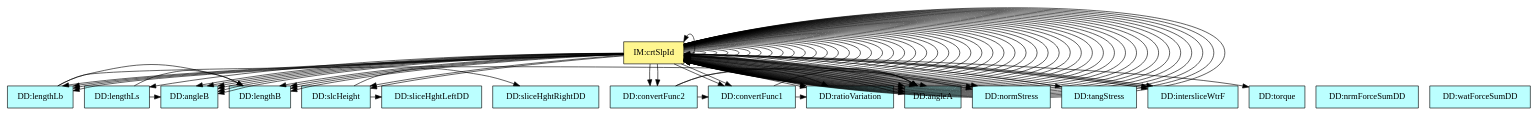
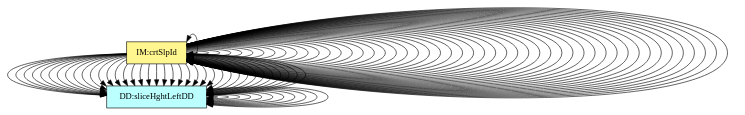
Before and after one commit to JacquesCarette/Drasil: the diagram in code/stable/ssp/TraceyGraph/refvsref.dot, drawn with Graphviz. The commit also changed 46 other files, not shown here.

Commit message:
#2873 : Change UIDs of DataDefinitions, force them to be added to the Term_Cache_ too.

```diff
--- a/code/stable/ssp/TraceyGraph/refvsref.dot
+++ b/code/stable/ssp/TraceyGraph/refvsref.dot
@@ -1,168 +1,168 @@
 digraph refvsref {
-	l_bi -> alpha_i;
-	l_bi -> b_i;
-	l_si -> beta_i;
-	l_si -> b_i;
-	h_i -> hR;
-	h_i -> hL;
-	Phi -> alpha_i;
-	Phi -> f_i;
-	Psi -> alpha_i;
-	Psi -> f_i;
-	Psi -> Phi;
-	theory:effectiveStressTM -> sigma;
-	theory:normForcEq -> alpha_i;
-	theory:normForcEq -> beta_i;
+	dataDefn:l_bi -> dataDefn:alpha_i;
+	dataDefn:l_bi -> dataDefn:b_i;
+	dataDefn:l_si -> dataDefn:beta_i;
+	dataDefn:l_si -> dataDefn:b_i;
+	dataDefn:h_i -> dataDefn:hR;
+	dataDefn:h_i -> dataDefn:hL;
+	dataDefn:Phi -> dataDefn:alpha_i;
+	dataDefn:Phi -> dataDefn:f_i;
+	dataDefn:Psi -> dataDefn:alpha_i;
+	dataDefn:Psi -> dataDefn:f_i;
+	dataDefn:Psi -> dataDefn:Phi;
+	theory:effectiveStressTM -> dataDefn:sigma;
+	theory:normForcEq -> dataDefn:alpha_i;
+	theory:normForcEq -> dataDefn:beta_i;
 	theory:normForcEq -> theory:equilibriumCS;
 	theory:normForcEq -> theory:sliceWght;
 	theory:normForcEq -> theory:srfWtrF;
-	theory:bsShrFEq -> alpha_i;
-	theory:bsShrFEq -> beta_i;
+	theory:bsShrFEq -> dataDefn:alpha_i;
+	theory:bsShrFEq -> dataDefn:beta_i;
 	theory:bsShrFEq -> theory:equilibriumCS;
 	theory:bsShrFEq -> theory:sliceWght;
 	theory:bsShrFEq -> theory:srfWtrF;
-	theory:resShr -> l_bi;
-	theory:resShr -> sigma;
-	theory:resShr -> tau;
+	theory:resShr -> dataDefn:l_bi;
+	theory:resShr -> dataDefn:sigma;
+	theory:resShr -> dataDefn:tau;
 	theory:resShr -> theory:mcShrSrgth;
-	theory:mobShr -> l_bi;
+	theory:mobShr -> dataDefn:l_bi;
 	theory:mobShr -> theory:factOfSafetyTM;
 	theory:mobShr -> theory:resShr;
-	theory:effNormF -> sigma;
+	theory:effNormF -> dataDefn:sigma;
 	theory:effNormF -> theory:effectiveStressTM;
 	theory:effNormF -> theory:baseWtrF;
-	theory:resShearWO -> H_i;
-	theory:resShearWO -> alpha_i;
-	theory:resShearWO -> beta_i;
-	theory:resShearWO -> l_bi;
+	theory:resShearWO -> dataDefn:H_i;
+	theory:resShearWO -> dataDefn:alpha_i;
+	theory:resShearWO -> dataDefn:beta_i;
+	theory:resShearWO -> dataDefn:l_bi;
 	theory:resShearWO -> theory:sliceWght;
 	theory:resShearWO -> theory:baseWtrF;
 	theory:resShearWO -> theory:srfWtrF;
-	theory:mobShearWO -> H_i;
-	theory:mobShearWO -> alpha_i;
-	theory:mobShearWO -> beta_i;
+	theory:mobShearWO -> dataDefn:H_i;
+	theory:mobShearWO -> dataDefn:alpha_i;
+	theory:mobShearWO -> dataDefn:beta_i;
 	theory:mobShearWO -> theory:sliceWght;
 	theory:mobShearWO -> theory:srfWtrF;
-	theory:X_i -> f_i;
-	theory:momentEql -> alpha_i;
-	theory:momentEql -> beta_i;
-	theory:momentEql -> b_i;
-	theory:momentEql -> h_i;
-	theory:momentEql -> torque;
+	theory:X_i -> dataDefn:f_i;
+	theory:momentEql -> dataDefn:alpha_i;
+	theory:momentEql -> dataDefn:beta_i;
+	theory:momentEql -> dataDefn:b_i;
+	theory:momentEql -> dataDefn:h_i;
+	theory:momentEql -> dataDefn:torque;
 	theory:momentEql -> theory:equilibriumCS;
 	theory:momentEql -> theory:weight;
 	theory:momentEql -> theory:sliceWght;
 	theory:momentEql -> theory:srfWtrF;
 	theory:weight -> theory:newtonSL;
-	theory:sliceWght -> b_i;
+	theory:sliceWght -> dataDefn:b_i;
 	theory:sliceWght -> theory:weight;
-	theory:baseWtrF -> l_bi;
+	theory:baseWtrF -> dataDefn:l_bi;
 	theory:baseWtrF -> theory:pressure;
 	theory:baseWtrF -> theory:baseWtrF;
-	theory:srfWtrF -> l_si;
+	theory:srfWtrF -> dataDefn:l_si;
 	theory:srfWtrF -> theory:pressure;
 	theory:srfWtrF -> theory:srfWtrF;
-	theory:FS -> Phi;
-	theory:FS -> Psi;
+	theory:FS -> dataDefn:Phi;
+	theory:FS -> dataDefn:Psi;
 	theory:FS -> theory:normForcEq;
 	theory:FS -> theory:bsShrFEq;
 	theory:FS -> theory:mobShr;
 	theory:FS -> theory:resShearWO;
 	theory:FS -> theory:mobShearWO;
 	theory:FS -> theory:X_i;
 	theory:FS -> theory:FS;
 	theory:FS -> theory:nrmShrForIM;
 	theory:FS -> theory:intsliceFsRC;
 	theory:nrmShrForIM -> theory:X_i;
 	theory:nrmShrForIM -> theory:momentEql;
 	theory:nrmShrForIM -> theory:FS;
 	theory:nrmShrForIM -> theory:nrmShrForIM;
 	theory:nrmShrForIM -> theory:nrmShrForNumRC;
 	theory:nrmShrForIM -> theory:nrmShrForDenRC;
 	theory:nrmShrForIM -> theory:intsliceFsRC;
-	theory:nrmShrForNumRC -> H_i;
-	theory:nrmShrForNumRC -> alpha_i;
-	theory:nrmShrForNumRC -> beta_i;
-	theory:nrmShrForNumRC -> b_i;
-	theory:nrmShrForNumRC -> h_i;
+	theory:nrmShrForNumRC -> dataDefn:H_i;
+	theory:nrmShrForNumRC -> dataDefn:alpha_i;
+	theory:nrmShrForNumRC -> dataDefn:beta_i;
+	theory:nrmShrForNumRC -> dataDefn:b_i;
+	theory:nrmShrForNumRC -> dataDefn:h_i;
 	theory:nrmShrForNumRC -> theory:srfWtrF;
 	theory:nrmShrForNumRC -> theory:nrmShrForIM;
-	theory:nrmShrForDenRC -> b_i;
-	theory:nrmShrForDenRC -> f_i;
+	theory:nrmShrForDenRC -> dataDefn:b_i;
+	theory:nrmShrForDenRC -> dataDefn:f_i;
 	theory:nrmShrForDenRC -> theory:nrmShrForIM;
-	theory:intsliceFsRC -> Phi;
-	theory:intsliceFsRC -> Psi;
+	theory:intsliceFsRC -> dataDefn:Phi;
+	theory:intsliceFsRC -> dataDefn:Psi;
 	theory:intsliceFsRC -> theory:resShearWO;
 	theory:intsliceFsRC -> theory:mobShearWO;
 	theory:intsliceFsRC -> theory:FS;
 	theory:intsliceFsRC -> theory:nrmShrForIM;
 	theory:intsliceFsRC -> theory:intsliceFsRC;
 
 
-	H_i	[shape=box, color=black, style=filled, fillcolor=paleturquoise1, label="DD:intersliceWtrF"];
-	alpha_i	[shape=box, color=black, style=filled, fillcolor=paleturquoise1, label="DD:angleA"];
-	beta_i	[shape=box, color=black, style=filled, fillcolor=paleturquoise1, label="DD:angleB"];
-	b_i	[shape=box, color=black, style=filled, fillcolor=paleturquoise1, label="DD:lengthB"];
-	l_bi	[shape=box, color=black, style=filled, fillcolor=paleturquoise1, label="DD:lengthLb"];
-	l_si	[shape=box, color=black, style=filled, fillcolor=paleturquoise1, label="DD:lengthLs"];
-	h_i	[shape=box, color=black, style=filled, fillcolor=paleturquoise1, label="DD:slcHeight"];
-	sigma	[shape=box, color=black, style=filled, fillcolor=paleturquoise1, label="DD:normStress"];
-	tau	[shape=box, color=black, style=filled, fillcolor=paleturquoise1, label="DD:tangStress"];
-	torque	[shape=box, color=black, style=filled, fillcolor=paleturquoise1, label="DD:torque"];
-	f_i	[shape=box, color=black, style=filled, fillcolor=paleturquoise1, label="DD:ratioVariation"];
-	Phi	[shape=box, color=black, style=filled, fillcolor=paleturquoise1, label="DD:convertFunc1"];
-	Psi	[shape=box, color=black, style=filled, fillcolor=paleturquoise1, label="DD:convertFunc2"];
-	F_xG	[shape=box, color=black, style=filled, fillcolor=paleturquoise1, label="DD:nrmForceSumDD"];
-	F_xH	[shape=box, color=black, style=filled, fillcolor=paleturquoise1, label="DD:watForceSumDD"];
-	hR	[shape=box, color=black, style=filled, fillcolor=paleturquoise1, label="DD:sliceHghtRightDD"];
-	hL	[shape=box, color=black, style=filled, fillcolor=paleturquoise1, label="DD:sliceHghtLeftDD"];
+	dataDefn:H_i	[shape=box, color=black, style=filled, fillcolor=paleturquoise1, label="DD:intersliceWtrF"];
+	dataDefn:alpha_i	[shape=box, color=black, style=filled, fillcolor=paleturquoise1, label="DD:angleA"];
+	dataDefn:beta_i	[shape=box, color=black, style=filled, fillcolor=paleturquoise1, label="DD:angleB"];
+	dataDefn:b_i	[shape=box, color=black, style=filled, fillcolor=paleturquoise1, label="DD:lengthB"];
+	dataDefn:l_bi	[shape=box, color=black, style=filled, fillcolor=paleturquoise1, label="DD:lengthLb"];
+	dataDefn:l_si	[shape=box, color=black, style=filled, fillcolor=paleturquoise1, label="DD:lengthLs"];
+	dataDefn:h_i	[shape=box, color=black, style=filled, fillcolor=paleturquoise1, label="DD:slcHeight"];
+	dataDefn:sigma	[shape=box, color=black, style=filled, fillcolor=paleturquoise1, label="DD:normStress"];
+	dataDefn:tau	[shape=box, color=black, style=filled, fillcolor=paleturquoise1, label="DD:tangStress"];
+	dataDefn:torque	[shape=box, color=black, style=filled, fillcolor=paleturquoise1, label="DD:torque"];
+	dataDefn:f_i	[shape=box, color=black, style=filled, fillcolor=paleturquoise1, label="DD:ratioVariation"];
+	dataDefn:Phi	[shape=box, color=black, style=filled, fillcolor=paleturquoise1, label="DD:convertFunc1"];
+	dataDefn:Psi	[shape=box, color=black, style=filled, fillcolor=paleturquoise1, label="DD:convertFunc2"];
+	dataDefn:F_xG	[shape=box, color=black, style=filled, fillcolor=paleturquoise1, label="DD:nrmForceSumDD"];
+	dataDefn:F_xH	[shape=box, color=black, style=filled, fillcolor=paleturquoise1, label="DD:watForceSumDD"];
+	dataDefn:hR	[shape=box, color=black, style=filled, fillcolor=paleturquoise1, label="DD:sliceHghtRightDD"];
+	dataDefn:hL	[shape=box, color=black, style=filled, fillcolor=paleturquoise1, label="DD:sliceHghtLeftDD"];
 
 	subgraph DD {
 	rank="same"
-	{H_i, alpha_i, beta_i, b_i, l_bi, l_si, h_i, sigma, tau, torque, f_i, Phi, Psi, F_xG, F_xH, hR, hL}
+	{dataDefn:H_i, dataDefn:alpha_i, dataDefn:beta_i, dataDefn:b_i, dataDefn:l_bi, dataDefn:l_si, dataDefn:h_i, dataDefn:sigma, dataDefn:tau, dataDefn:torque, dataDefn:f_i, dataDefn:Phi, dataDefn:Psi, dataDefn:F_xG, dataDefn:F_xH, dataDefn:hR, dataDefn:hL}
 	}
 
 	theory:factOfSafetyTM	[shape=box, color=black, style=filled, fillcolor=pink, label="TM:factOfSafety"];
 	theory:equilibriumCS	[shape=box, color=black, style=filled, fillcolor=pink, label="TM:equilibrium"];
 	theory:mcShrSrgth	[shape=box, color=black, style=filled, fillcolor=pink, label="TM:mcShrStrgth"];
 	theory:effectiveStressTM	[shape=box, color=black, style=filled, fillcolor=pink, label="TM:effStress"];
 	theory:newtonSL	[shape=box, color=black, style=filled, fillcolor=pink, label="TM:NewtonSecLawMot"];
 
 	subgraph TM {
 	rank="same"
 	{theory:factOfSafetyTM, theory:equilibriumCS, theory:mcShrSrgth, theory:effectiveStressTM, theory:newtonSL}
 	}
 
 	theory:normForcEq	[shape=box, color=black, style=filled, fillcolor=palegreen, label="GD:normForcEq"];
 	theory:bsShrFEq	[shape=box, color=black, style=filled, fillcolor=palegreen, label="GD:bsShrFEq"];
 	theory:resShr	[shape=box, color=black, style=filled, fillcolor=palegreen, label="GD:resShr"];
 	theory:mobShr	[shape=box, color=black, style=filled, fillcolor=palegreen, label="GD:mobShr"];
 	theory:effNormF	[shape=box, color=black, style=filled, fillcolor=palegreen, label="GD:effNormF"];
 	theory:resShearWO	[shape=box, color=black, style=filled, fillcolor=palegreen, label="GD:resShearWO"];
 	theory:mobShearWO	[shape=box, color=black, style=filled, fillcolor=palegreen, label="GD:mobShearWO"];
 	theory:X_i	[shape=box, color=black, style=filled, fillcolor=palegreen, label="GD:normShrR"];
 	theory:momentEql	[shape=box, color=black, style=filled, fillcolor=palegreen, label="GD:momentEql"];
 	theory:weight	[shape=box, color=black, style=filled, fillcolor=palegreen, label="GD:weight"];
 	theory:sliceWght	[shape=box, color=black, style=filled, fillcolor=palegreen, label="GD:sliceWght"];
 	theory:pressure	[shape=box, color=black, style=filled, fillcolor=palegreen, label="GD:hsPressure"];
 	theory:baseWtrF	[shape=box, color=black, style=filled, fillcolor=palegreen, label="GD:baseWtrF"];
 	theory:srfWtrF	[shape=box, color=black, style=filled, fillcolor=palegreen, label="GD:srfWtrF"];
 
 	subgraph GD {
 	rank="same"
 	{theory:normForcEq, theory:bsShrFEq, theory:resShr, theory:mobShr, theory:effNormF, theory:resShearWO, theory:mobShearWO, theory:X_i, theory:momentEql, theory:weight, theory:sliceWght, theory:pressure, theory:baseWtrF, theory:srfWtrF}
 	}
 
 	theory:FS	[shape=box, color=black, style=filled, fillcolor=khaki1, label="IM:fctSfty"];
 	theory:nrmShrForIM	[shape=box, color=black, style=filled, fillcolor=khaki1, label="IM:nrmShrFor"];
 	theory:nrmShrForNumRC	[shape=box, color=black, style=filled, fillcolor=khaki1, label="IM:nrmShrForNum"];
 	theory:nrmShrForDenRC	[shape=box, color=black, style=filled, fillcolor=khaki1, label="IM:nrmShrForDen"];
 	theory:intsliceFsRC	[shape=box, color=black, style=filled, fillcolor=khaki1, label="IM:intsliceFs"];
 	theory:crtSlpIdIM	[shape=box, color=black, style=filled, fillcolor=khaki1, label="IM:crtSlpId"];
 
 	subgraph IM {
 	rank="same"
 	{theory:FS, theory:nrmShrForIM, theory:nrmShrForNumRC, theory:nrmShrForDenRC, theory:intsliceFsRC, theory:crtSlpIdIM}
 	}
 
 }
```
